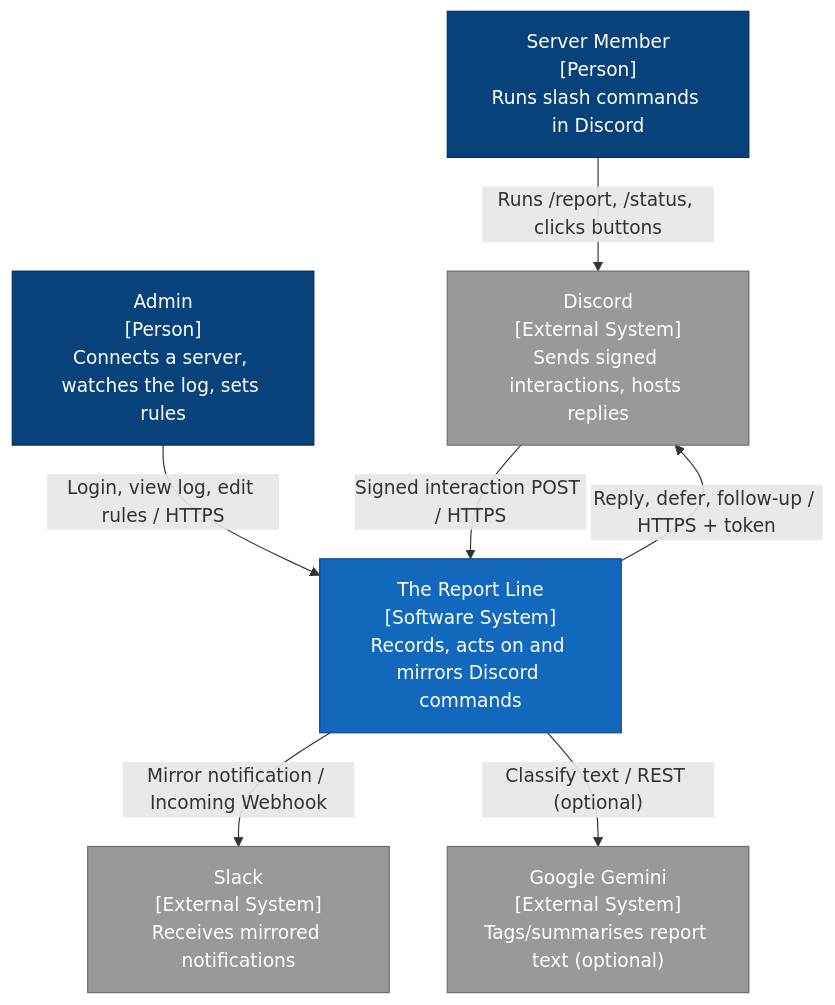
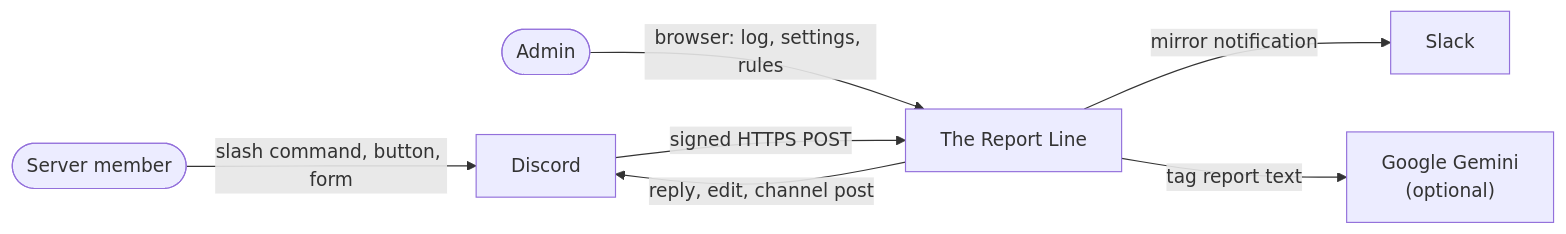
Before and after one commit to RohanUrankar/discord-report-line: the first of 17 diagrams in architecture/docs/DESIGN.md, drawn with Mermaid. The commit also changed other lines of this file, not shown here.

````diff
--- a/architecture/docs/DESIGN.md
+++ b/architecture/docs/DESIGN.md
@@ -94,23 +122,16 @@
 ```mermaid
-flowchart TB
-    member["Server Member<br/>[Person]<br/>Runs slash commands in Discord"]
-    admin["Admin<br/>[Person]<br/>Connects a server, watches the log, sets rules"]
-    system["The Report Line<br/>[Software System]<br/>Records, acts on and mirrors Discord commands"]
-    discord["Discord<br/>[External System]<br/>Sends signed interactions, hosts replies"]
-    slack["Slack<br/>[External System]<br/>Receives mirrored notifications"]
-    gemini["Google Gemini<br/>[External System]<br/>Tags/summarises report text (optional)"]
+flowchart LR
+    member(["Server member"])
+    admin(["Admin"])
+    discord["Discord"]
+    system["The Report Line"]
+    slack["Slack"]
+    gemini["Google Gemini<br/>(optional)"]
 
-    member -->|"Runs /report, /status, clicks buttons"| discord
-    discord -->|"Signed interaction POST / HTTPS"| system
-    system -->|"Reply, defer, follow-up / HTTPS + token"| discord
-    system -->|"Mirror notification / Incoming Webhook"| slack
-    system -->|"Classify text / REST (optional)"| gemini
-    admin -->|"Login, view log, edit rules / HTTPS"| system
-
-    classDef person fill:#08427b,color:#fff,stroke:#052e56
-    classDef internal fill:#1168bd,color:#fff,stroke:#0b4884
-    classDef external fill:#999999,color:#fff,stroke:#6b6b6b
-    class member,admin person
-    class system internal
-    class discord,slack,gemini external
+    member -->|"slash command, button, form"| discord
+    discord -->|"signed HTTPS POST"| system
+    system -->|"reply, edit, channel post"| discord
+    system -->|"mirror notification"| slack
+    system -->|"tag report text"| gemini
+    admin -->|"browser: log, settings, rules"| system
 ```
````
